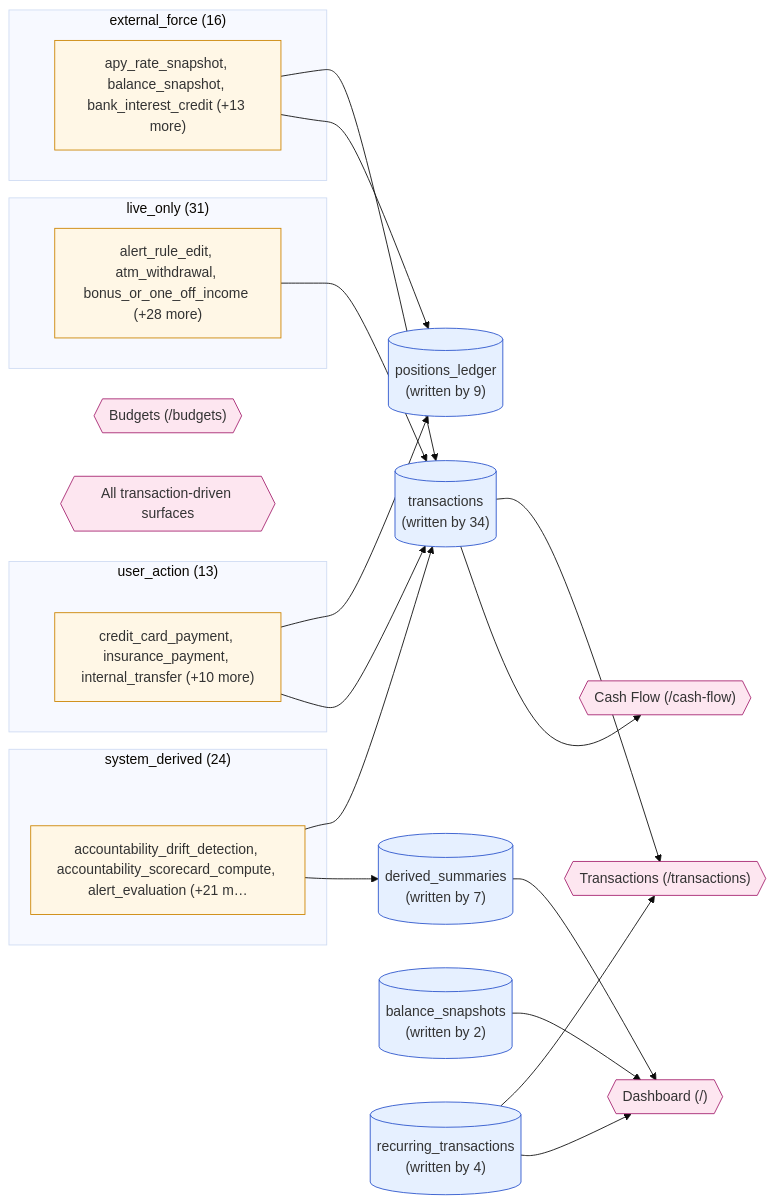
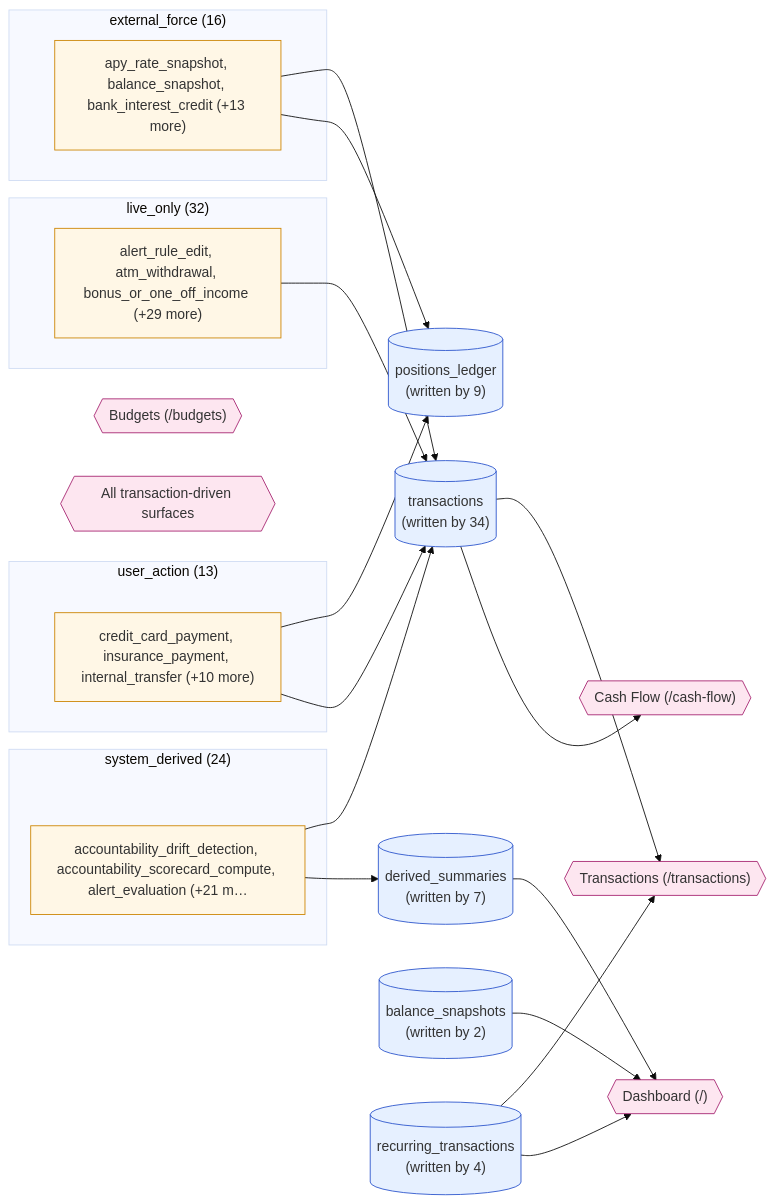
Before and after one commit to wileyqe/Sentry-Finance: the diagram in docs/data-lineage/diagrams/_overview.mmd, drawn with Mermaid (base theme). The commit also changed 54 other files, not shown here.

First line of the commit message:
[codex] Complete myPay automation and password rotation flow

```diff
--- a/docs/data-lineage/diagrams/_overview.mmd
+++ b/docs/data-lineage/diagrams/_overview.mmd
@@ -1,46 +1,46 @@
 %% Auto-generated by build_diagrams.py — do not edit by hand.
 %% Sentry Finance — Data Lineage Overview (Phase 4)
 %% Four event classes → dominant write tables → top UI surfaces.
 graph LR
   subgraph sg_cls_user_action["user_action  (13)"]
     cls_user_action["credit_card_payment, insurance_payment, internal_transfer (+10 more)"]
   end
   subgraph sg_cls_external_force["external_force  (16)"]
     cls_external_force["apy_rate_snapshot, balance_snapshot, bank_interest_credit (+13 more)"]
   end
   subgraph sg_cls_system_derived["system_derived  (24)"]
     cls_system_derived["accountability_drift_detection, accountability_scorecard_compute, alert_evaluation (+21 m…"]
   end
-  subgraph sg_cls_live_only["live_only  (31)"]
-    cls_live_only["alert_rule_edit, atm_withdrawal, bonus_or_one_off_income (+28 more)"]
+  subgraph sg_cls_live_only["live_only  (32)"]
+    cls_live_only["alert_rule_edit, atm_withdrawal, bonus_or_one_off_income (+29 more)"]
   end
   tbl_transactions[("transactions<br/>(written by 34)")]
   tbl_positions_ledger[("positions_ledger<br/>(written by 9)")]
   tbl_derived_summaries[("derived_summaries<br/>(written by 7)")]
   tbl_balance_snapshots[("balance_snapshots<br/>(written by 2)")]
   tbl_recurring_transactions[("recurring_transactions<br/>(written by 4)")]
   cls_user_action --> tbl_transactions
   cls_user_action --> tbl_positions_ledger
   cls_external_force --> tbl_positions_ledger
   cls_external_force --> tbl_transactions
   cls_system_derived --> tbl_derived_summaries
   cls_system_derived --> tbl_transactions
   cls_live_only --> tbl_transactions
   ui_Cash_Flow_cash_flow{{"Cash Flow (/cash-flow)"}}
   ui_Dashboard{{"Dashboard (/)"}}
   ui_Transactions_transactions{{"Transactions (/transactions)"}}
   ui_Budgets_budgets{{"Budgets (/budgets)"}}
   ui_All_transaction_driven_surfaces{{"All transaction-driven surfaces"}}
   tbl_transactions --> ui_Cash_Flow_cash_flow
   tbl_transactions --> ui_Transactions_transactions
   tbl_derived_summaries --> ui_Dashboard
   tbl_balance_snapshots --> ui_Dashboard
   tbl_recurring_transactions --> ui_Dashboard
   tbl_recurring_transactions --> ui_Transactions_transactions
 
   classDef cls fill:#fff7e6,stroke:#cc8400,stroke-width:1px;
   classDef table fill:#e6f0ff,stroke:#2952cc,stroke-width:1px;
   classDef ui fill:#fde6f0,stroke:#a5226f,stroke-width:1px;
   class cls_user_action,cls_external_force,cls_system_derived,cls_live_only cls;
   class tbl_transactions,tbl_positions_ledger,tbl_derived_summaries,tbl_balance_snapshots,tbl_recurring_transactions table;
   class ui_Cash_Flow_cash_flow,ui_Dashboard,ui_Transactions_transactions,ui_Budgets_budgets,ui_All_transaction_driven_surfaces ui;
```
